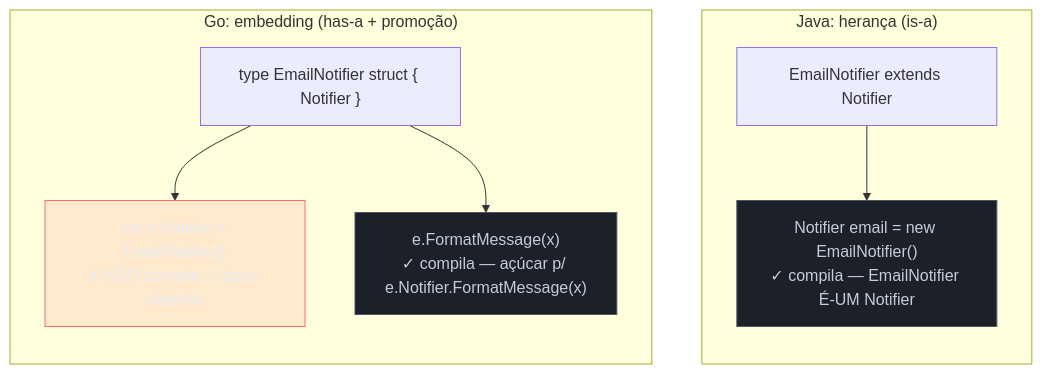
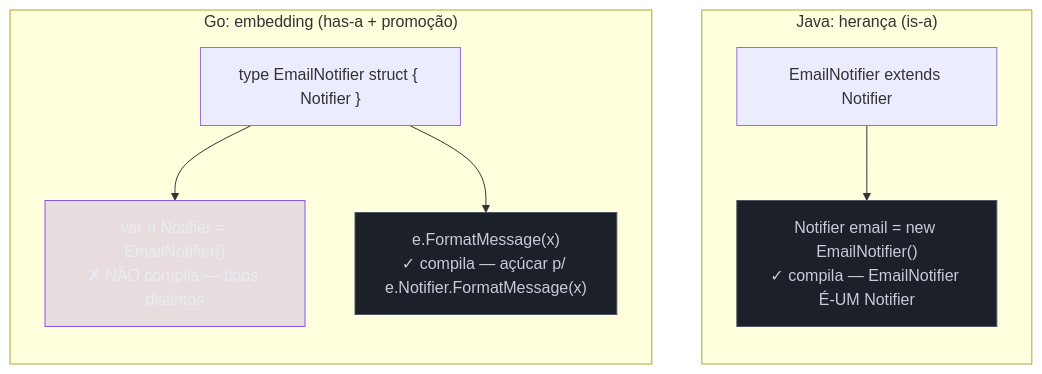
The first of 2 diagrams in 03-Dominios/Tecnologia/Go/20 - Go idiomático/03 - Composição sobre herança na prática.md (josenaldo/codex-technomanticus), drawn with Mermaid before and after one commit. The commit also changed 601 other files, not shown here.

````diff
--- a/03-Dominios/Tecnologia/Go/20 - Go idiomático/03 - Composição sobre herança na prática.md
+++ b/03-Dominios/Tecnologia/Go/20 - Go idiomático/03 - Composição sobre herança na prática.md
@@ -65,18 +65,18 @@
 ```mermaid
 flowchart TB
+    classDef marca fill:#8855DF33,stroke:#8855DF,color:#E9ECF2
     classDef neutro fill:#1B2029,stroke:#4E5666,color:#C6CCD8
-    classDef falha fill:#FF6B6B24,stroke:#FF6B6B,color:#E9ECF2
     subgraph Java["Java: herança (is-a)"]
         direction TB
         J1["EmailNotifier extends Notifier"] --> J2["Notifier email = new EmailNotifier()\n✓ compila — EmailNotifier É-UM Notifier"]
     end
     subgraph Go["Go: embedding (has-a + promoção)"]
         direction TB
         G1["type EmailNotifier struct { Notifier }"] --> G2["var n Notifier = EmailNotifier{}\n✗ NÃO compila — tipos distintos"]
         G1 --> G3["e.FormatMessage(x)\n✓ compila — açúcar p/ e.Notifier.FormatMessage(x)"]
     end
 
     class J2 neutro
-    class G2 falha
+    class G2 marca
     class G3 neutro
 ```
````
